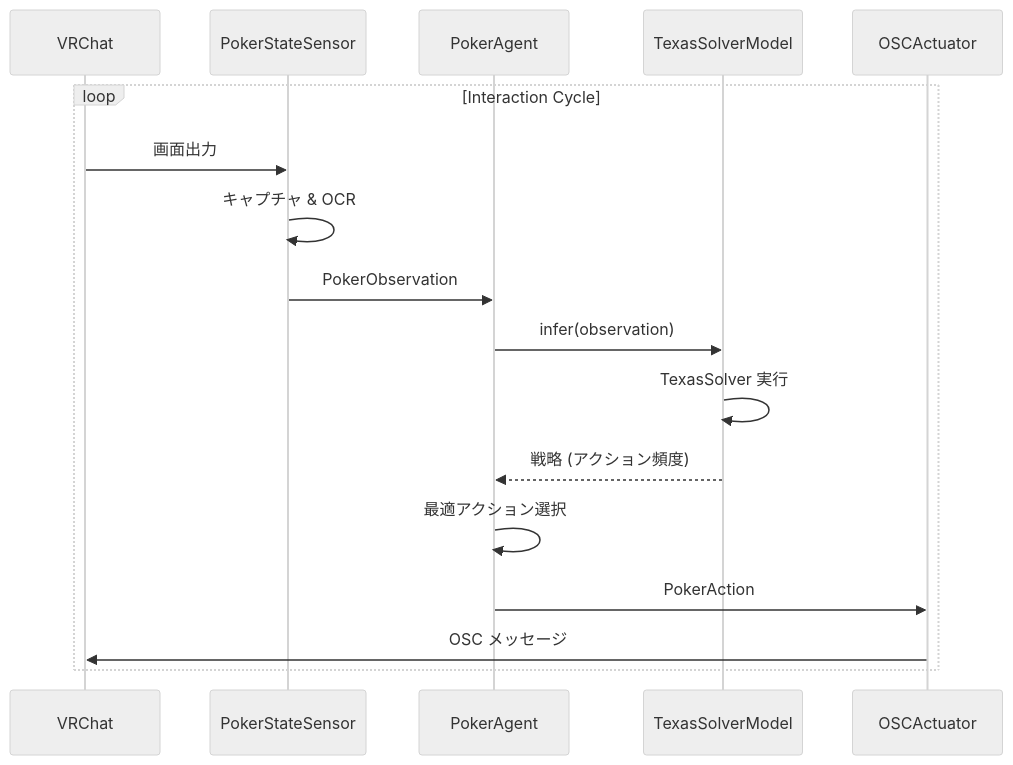
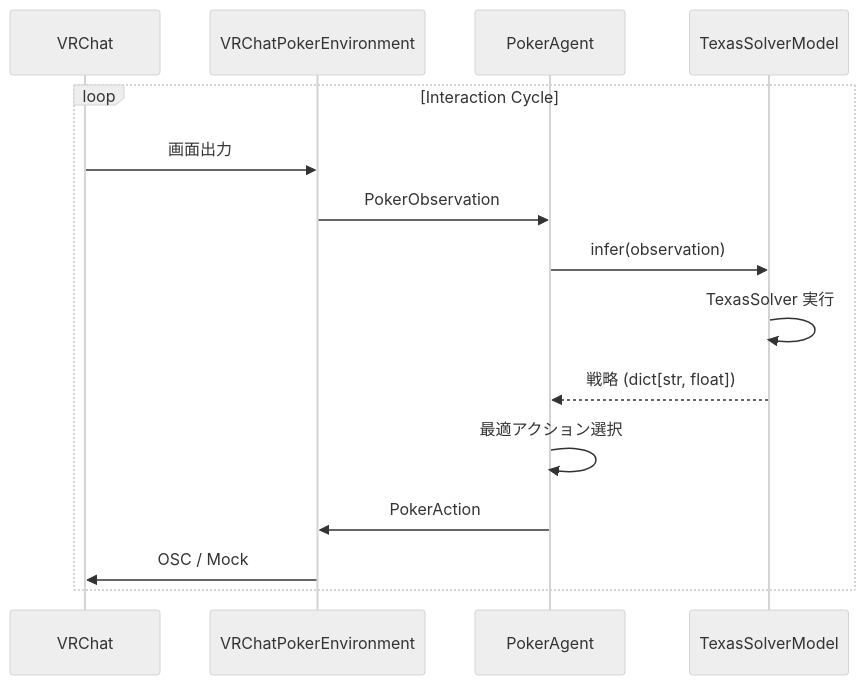
Before and after one commit to KAFKA2306/vrpoker: the diagram in docs/ARCHITECTURE.md, drawn with Mermaid (neutral theme). The commit also changed other lines of this file and 12 other files, not shown here.

````diff
--- a/docs/ARCHITECTURE.md
+++ b/docs/ARCHITECTURE.md
@@ -25,20 +33,18 @@
 ```mermaid
 sequenceDiagram
     participant VRChat
-    participant Sensor as PokerStateSensor
+    participant Env as VRChatPokerEnvironment
     participant Agent as PokerAgent
     participant Solver as TexasSolverModel
-    participant Actuator as OSCActuator
 
     loop Interaction Cycle
-        VRChat->>Sensor: 画面出力
-        Sensor->>Sensor: キャプチャ & OCR
-        Sensor->>Agent: PokerObservation
+        VRChat->>Env: 画面出力
+        Env->>Agent: PokerObservation
         Agent->>Solver: infer(observation)
         Solver->>Solver: TexasSolver 実行
-        Solver-->>Agent: 戦略 (アクション頻度)
+        Solver-->>Agent: 戦略 (dict[str, float])
         Agent->>Agent: 最適アクション選択
-        Agent->>Actuator: PokerAction
-        Actuator->>VRChat: OSC メッセージ
+        Agent->>Env: PokerAction
+        Env->>VRChat: OSC / Mock
     end
 ```
````
